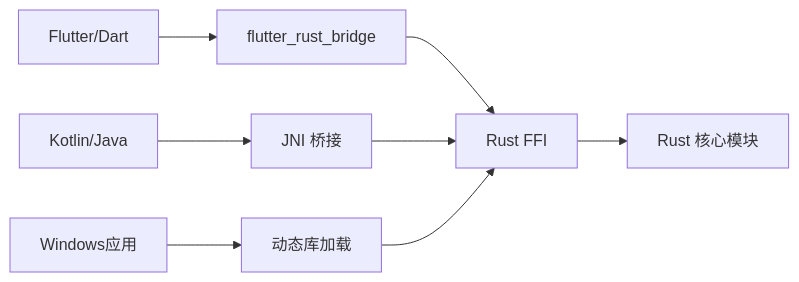
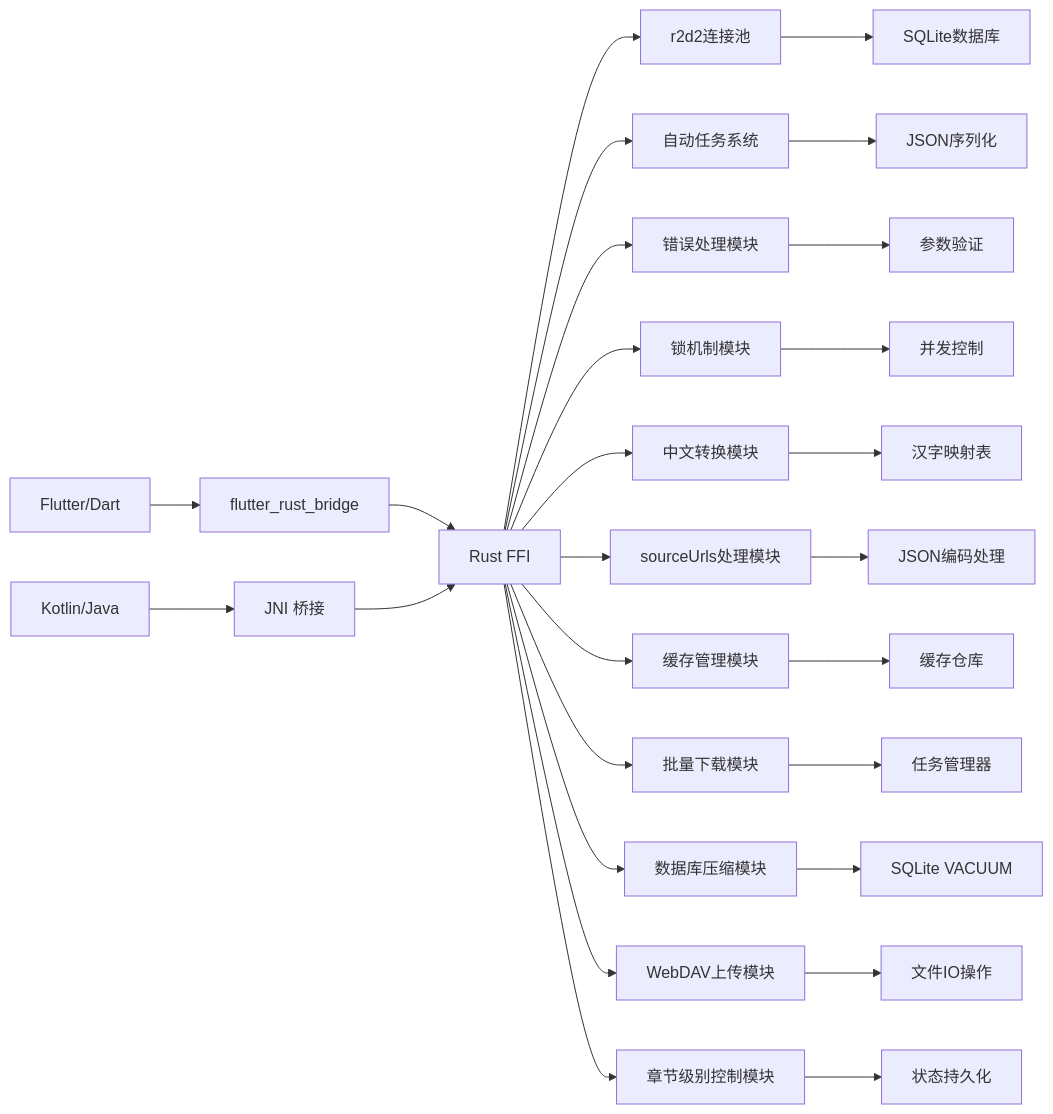
Diagram 12 of 12 in .qoder/repowiki/zh/content/架构设计/通信机制/FFI接口通信.md (ZhangGHGitHub/LegadoTeamFlutter), drawn with Mermaid before and after one commit. The commit also changed other lines of this file and 173 other files, not shown here.

````diff
--- a/.qoder/repowiki/zh/content/架构设计/通信机制/FFI接口通信.md
+++ b/.qoder/repowiki/zh/content/架构设计/通信机制/FFI接口通信.md
@@ -356,10 +872,29 @@
 ```mermaid
 graph LR
 Flutter["Flutter/Dart"] --> FRB["flutter_rust_bridge"]
 FRB --> FFI["Rust FFI"]
 Android["Kotlin/Java"] --> JNI["JNI 桥接"]
 JNI --> FFI
-Windows["Windows应用"] --> DLL["动态库加载"]
-DLL --> FFI
-FFI --> Core["Rust 核心模块"]
+FFI --> DB_POOL["r2d2连接池"]
+FFI --> AUTO_TASK["自动任务系统"]
+FFI --> ERROR["错误处理模块"]
+FFI --> LOCK["锁机制模块"]
+FFI --> CHINESE["中文转换模块"]
+FFI --> SOURCE_URLS["sourceUrls处理模块"]
+FFI --> CACHE["缓存管理模块"]
+FFI --> BATCH_CACHE["批量下载模块"]
+FFI --> DB_COMPRESS["数据库压缩模块"]
+FFI --> WEBDAV["WebDAV上传模块"]
+FFI --> CHAPTER_TOGGLE["章节级别控制模块"]
+DB_POOL --> SQLite["SQLite数据库"]
+AUTO_TASK --> SERDE["JSON序列化"]
+ERROR --> VALIDATION["参数验证"]
+LOCK --> CONCURRENCY["并发控制"]
+CHINESE --> MAPPING["汉字映射表"]
+SOURCE_URLS --> JSON_ENCODE["JSON编码处理"]
+CACHE --> REPO["缓存仓库"]
+BATCH_CACHE --> TASK_MANAGER["任务管理器"]
+DB_COMPRESS --> VACUUM["SQLite VACUUM"]
+WEBDAV --> FILE_IO["文件IO操作"]
+CHAPTER_TOGGLE --> STATE_PERSIST["状态持久化"]
 ```
````
